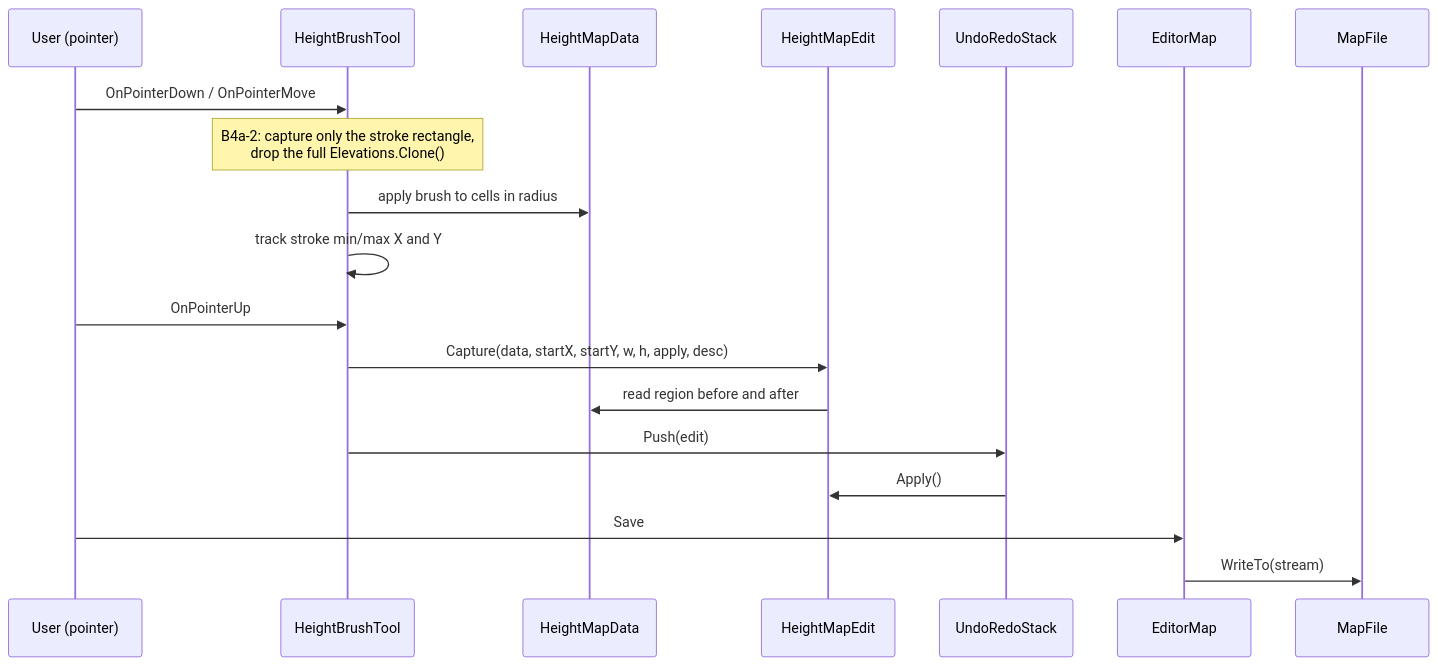
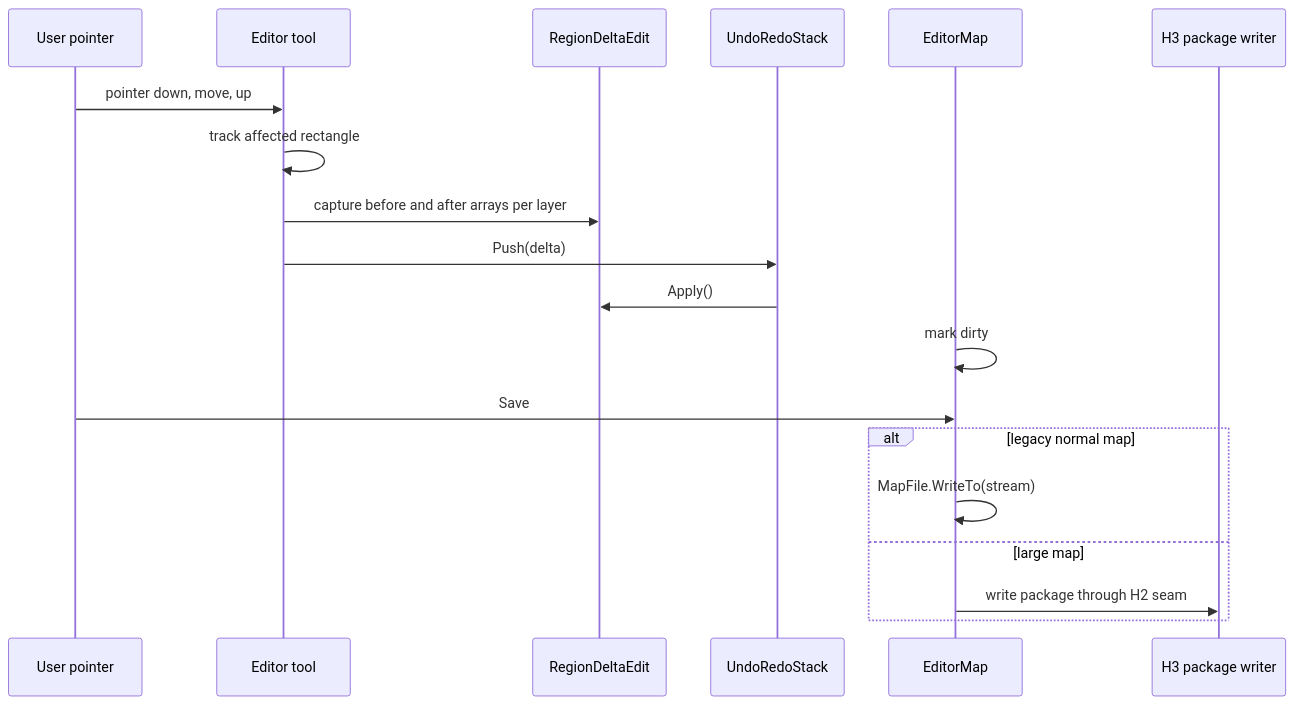
The third of 3 diagrams in docs/roadmap/deep-dives/b4a-larger-maps.md (rmessinger/Panopticon), drawn with Mermaid before and after one commit. The commit also changed other lines of this file and 148 other files, not shown here.

First line of the commit message:
docs(roadmap): detail-first Western Front revision and cards for W1-W6, B1, B4a, B6, B7, H

````diff
--- a/docs/roadmap/deep-dives/b4a-larger-maps.md
+++ b/docs/roadmap/deep-dives/b4a-larger-maps.md
@@ -264,22 +258,22 @@
 ```mermaid
 sequenceDiagram
-  participant U as User (pointer)
-  participant HB as HeightBrushTool
-  participant HD as HeightMapData
-  participant HE as HeightMapEdit
-  participant US as UndoRedoStack
-  participant EM as EditorMap
-  participant MF as MapFile
+  participant User as User pointer
+  participant Tool as Editor tool
+  participant Delta as RegionDeltaEdit
+  participant Stack as UndoRedoStack
+  participant Map as EditorMap
+  participant H3 as H3 package writer
 
-  U->>HB: OnPointerDown / OnPointerMove
-  Note over HB: B4a-2: capture only the stroke rectangle,<br/>drop the full Elevations.Clone()
-  HB->>HD: apply brush to cells in radius
-  HB->>HB: track stroke min/max X and Y
-  U->>HB: OnPointerUp
-  HB->>HE: Capture(data, startX, startY, w, h, apply, desc)
-  HE->>HD: read region before and after
-  HB->>US: Push(edit)
-  US->>HE: Apply()
-  U->>EM: Save
-  EM->>MF: WriteTo(stream)
+  User->>Tool: pointer down, move, up
+  Tool->>Tool: track affected rectangle
+  Tool->>Delta: capture before and after arrays per layer
+  Tool->>Stack: Push(delta)
+  Stack->>Delta: Apply()
+  Map->>Map: mark dirty
+  User->>Map: Save
+  alt legacy normal map
+    Map->>Map: MapFile.WriteTo(stream)
+  else large map
+    Map->>H3: write package through H2 seam
+  end
 ```
````
